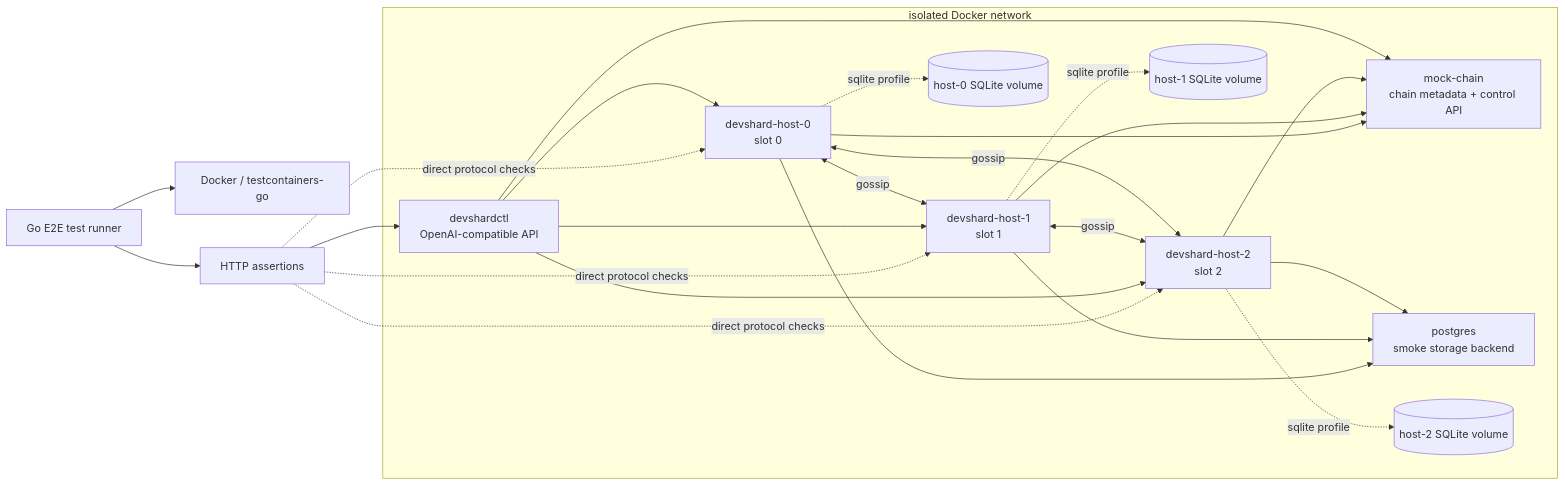
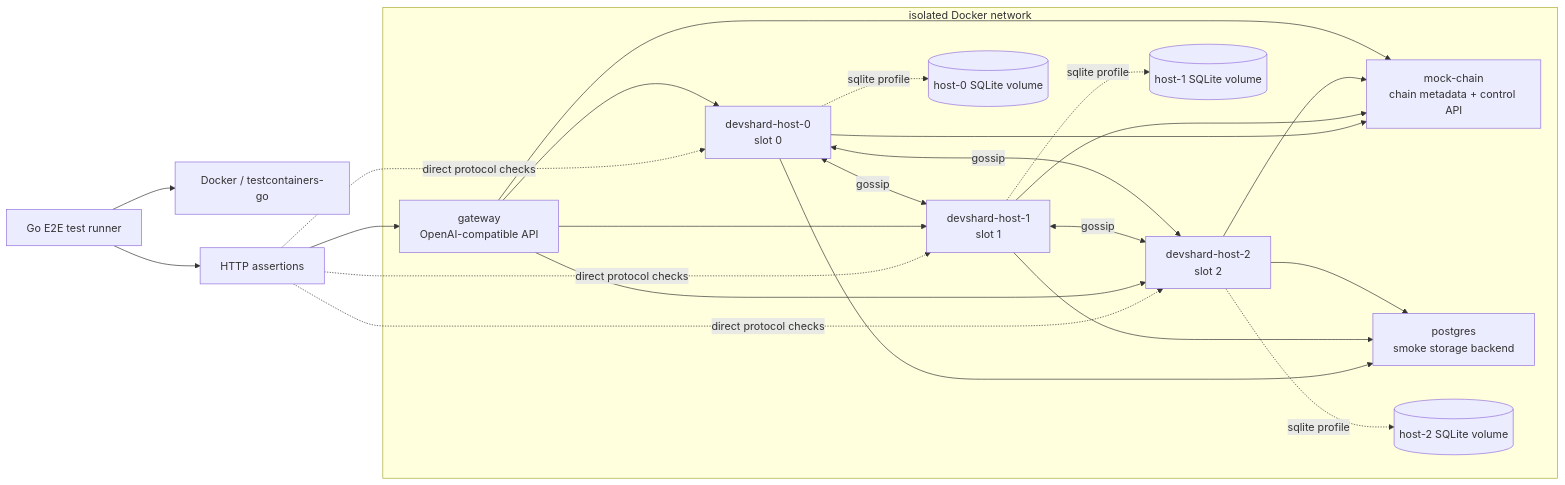
One commit to qdanik/gonka changed the diagram in devshard/docs/proposals/E2E_TEST_PROPOSAL.md. Above: the diagram before and after it, drawn with Mermaid. The commit also changed other lines of this file and 620 other files, not shown here.

Commit message:
refactor(devshard): remove devshardctl

````diff
--- a/devshard/docs/proposals/E2E_TEST_PROPOSAL.md
+++ b/devshard/docs/proposals/E2E_TEST_PROPOSAL.md
@@ -101,48 +96,48 @@
 ```mermaid
 flowchart LR
     TestRunner["Go E2E test runner"]
     Docker["Docker / testcontainers-go"]
     Client["HTTP assertions"]
 
     subgraph Net["isolated Docker network"]
         MockChain["mock-chain\nchain metadata + control API"]
-        DevshardCtl["devshardctl\nOpenAI-compatible API"]
+        Gateway["gateway\nOpenAI-compatible API"]
 
         Host0["devshard-host-0\nslot 0"]
         Host1["devshard-host-1\nslot 1"]
         Host2["devshard-host-2\nslot 2"]
 
         Postgres["postgres\nsmoke storage backend"]
         Vol0[("host-0 SQLite volume")]
         Vol1[("host-1 SQLite volume")]
         Vol2[("host-2 SQLite volume")]
     end
 
     TestRunner --> Docker
     TestRunner --> Client
-    Client --> DevshardCtl
+    Client --> Gateway
     Client -.direct protocol checks.-> Host0
     Client -.direct protocol checks.-> Host1
     Client -.direct protocol checks.-> Host2
 
-    DevshardCtl --> Host0
-    DevshardCtl --> Host1
-    DevshardCtl --> Host2
+    Gateway --> Host0
+    Gateway --> Host1
+    Gateway --> Host2
 
     Host0 <-->|gossip| Host1
     Host1 <-->|gossip| Host2
     Host2 <-->|gossip| Host0
 
     Host0 --> MockChain
     Host1 --> MockChain
     Host2 --> MockChain
-    DevshardCtl --> MockChain
+    Gateway --> MockChain
 
     Host0 --> Postgres
     Host1 --> Postgres
     Host2 --> Postgres
 
     Host0 -.sqlite profile.-> Vol0
     Host1 -.sqlite profile.-> Vol1
     Host2 -.sqlite profile.-> Vol2
 ```
````
